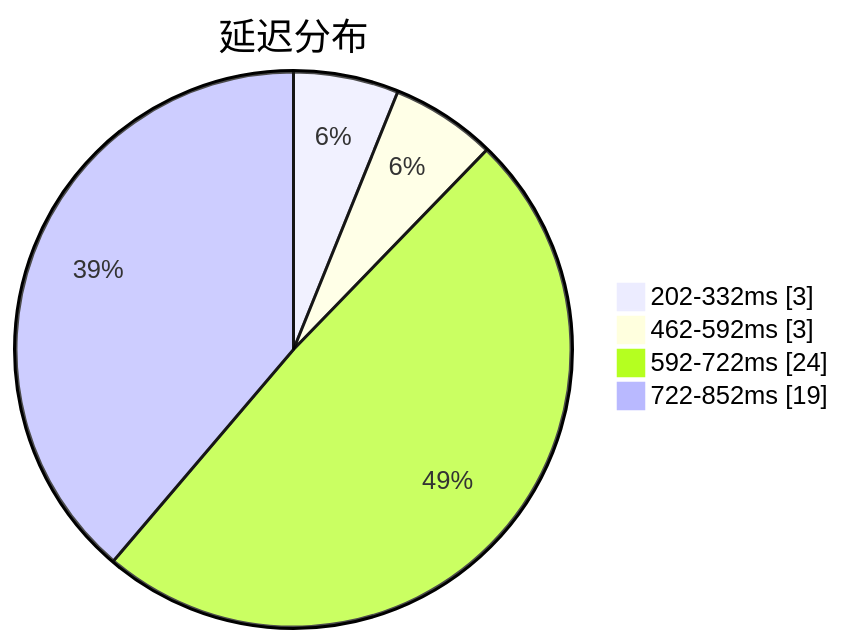
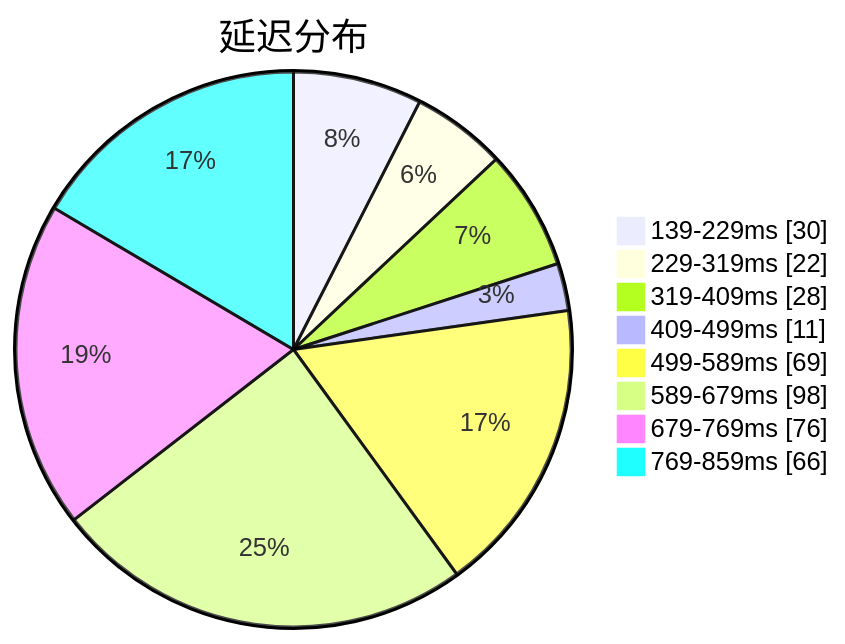
One commit to qjlxg/airport changed the first of 3 diagrams in subs/statistics/tested_within.md. Above: the diagram before and after it, drawn with Mermaid. The commit also changed other lines of this file and 2 other files, not shown here.

Commit message:
Tested by metaST

````diff
--- a/subs/statistics/tested_within.md
+++ b/subs/statistics/tested_within.md
@@ -2,8 +2,12 @@
 ```mermaid
 pie showData
 title 延迟分布
-"202-332ms" : 3
-"462-592ms" : 3
-"592-722ms" : 24
-"722-852ms" : 19
+"139-229ms" : 30
+"229-319ms" : 22
+"319-409ms" : 28
+"409-499ms" : 11
+"499-589ms" : 69
+"589-679ms" : 98
+"679-769ms" : 76
+"769-859ms" : 66
 ```
````
